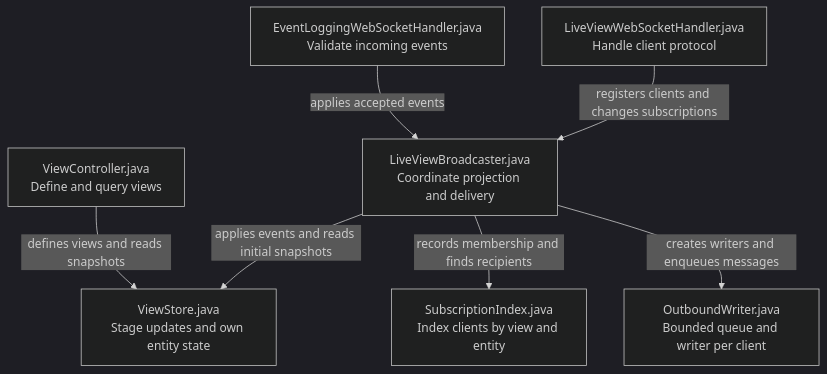
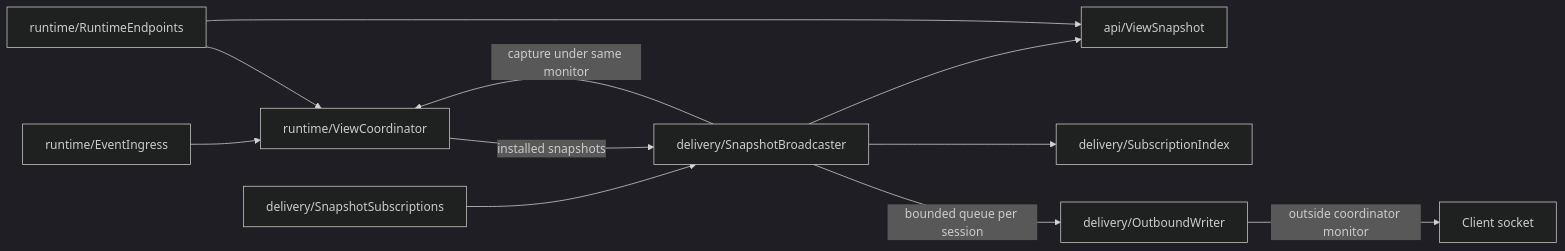
The fifth of 7 diagrams in zooglass/docs/source-map.md (sproates/zooglass), drawn with Mermaid (dark theme) before and after one commit. The commit also changed other lines of this file and 451 other files, not shown here.

````diff
--- a/zooglass/docs/source-map.md
+++ b/zooglass/docs/source-map.md
@@ -122,16 +96,13 @@
 ```mermaid
-flowchart TB
-  events["EventLoggingWebSocketHandler.java<br/>Validate incoming events"]
-  live["LiveViewWebSocketHandler.java<br/>Handle client protocol"]
-  http["ViewController.java<br/>Define and query views"]
-  broadcaster["LiveViewBroadcaster.java<br/>Coordinate projection and delivery"]
-  store["ViewStore.java<br/>Stage updates and own entity state"]
-  subscriptions["SubscriptionIndex.java<br/>Index clients by view and entity"]
-  writer["OutboundWriter.java<br/>Bounded queue and writer per client"]
-  events -->|applies accepted events| broadcaster
-  live -->|registers clients and changes subscriptions| broadcaster
-  http -->|defines views and reads snapshots| store
-  broadcaster -->|applies events and reads initial snapshots| store
-  broadcaster -->|records membership and finds recipients| subscriptions
-  broadcaster -->|creates writers and enqueues messages| writer
+flowchart LR
+  events["runtime/EventIngress"] --> coordinator["runtime/ViewCoordinator"]
+  http["runtime/RuntimeEndpoints"] --> coordinator
+  subscriptions["delivery/SnapshotSubscriptions"] --> broadcaster["delivery/SnapshotBroadcaster"]
+  broadcaster -->|capture under same monitor| coordinator
+  coordinator -->|installed snapshots| broadcaster
+  broadcaster --> dto["api/ViewSnapshot"]
+  broadcaster --> index["delivery/SubscriptionIndex"]
+  broadcaster -->|bounded queue per session| writer["delivery/OutboundWriter"]
+  writer -->|outside coordinator monitor| socket["Client socket"]
+  http --> dto
 ```
````
